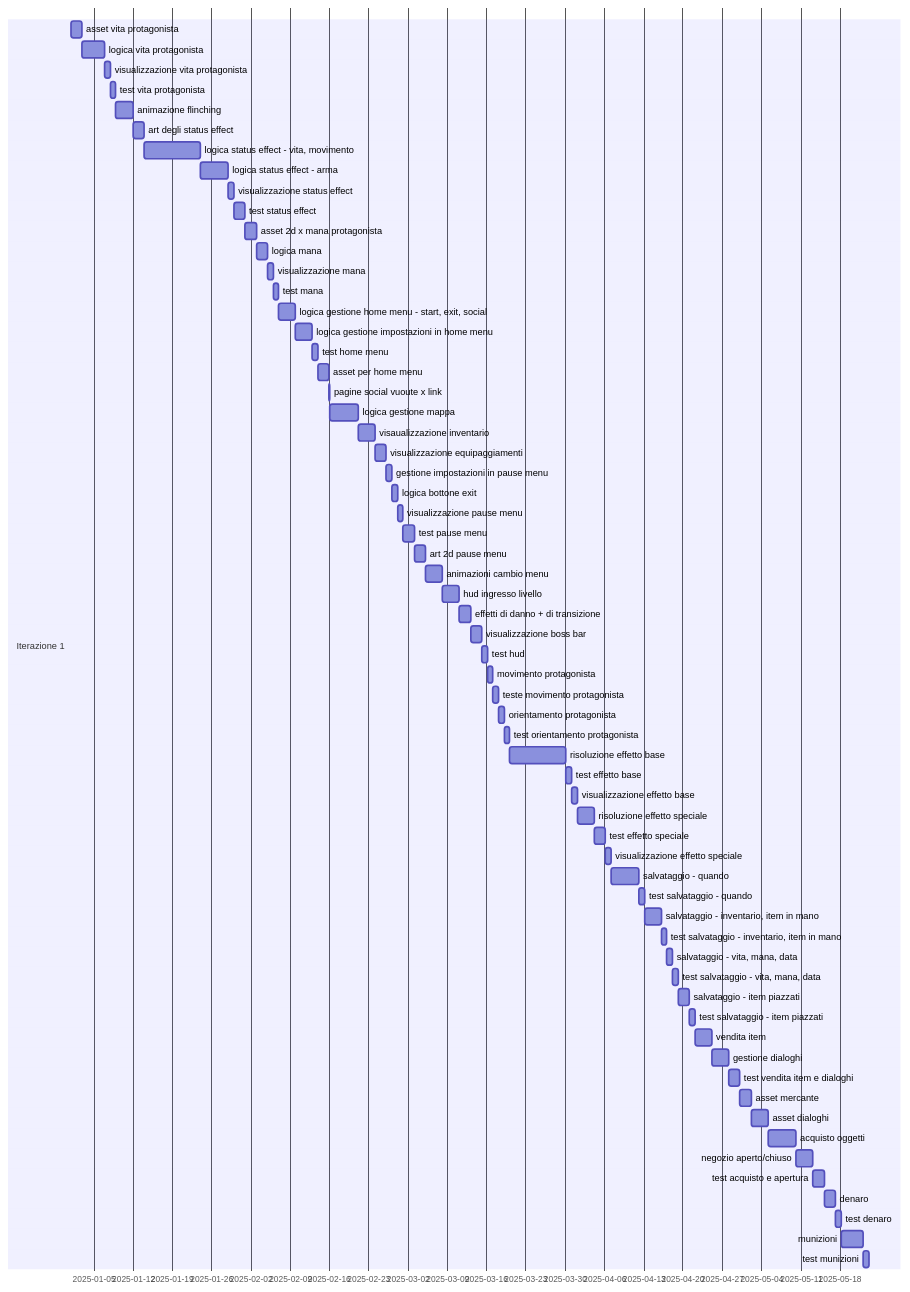
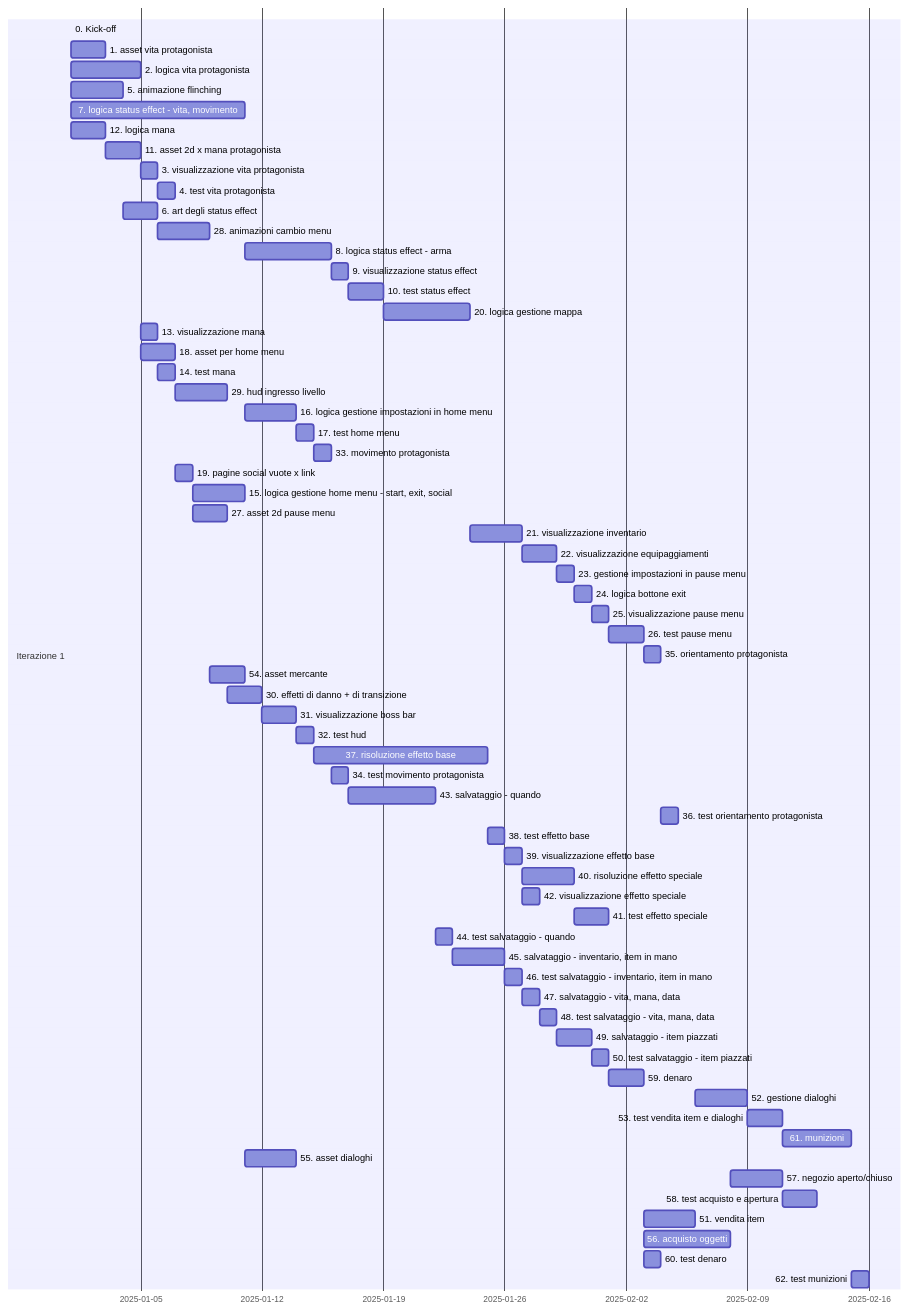
One commit to FilippoGurioli/super-chasm-hunter-pm changed the diagram in docs/appendices/planning/gantt.md. Above: the diagram before and after it, drawn with Mermaid.

Commit message:
feat: complete gantt

````diff
--- a/docs/appendices/planning/gantt.md
+++ b/docs/appendices/planning/gantt.md
@@ -3,67 +3,68 @@
 ```mermaid
 gantt
     dateFormat DD-MM-YYYY
     section Iterazione 1
-        asset vita protagonista: 01-01-2025, 2d
-        logica vita protagonista: 4d
-        visualizzazione vita protagonista: 1d
-        test vita protagonista: 1d
-        animazione flinching: 3d
-        art degli status effect: 2d
-        logica status effect - vita, movimento: 10d
-        logica status effect - arma: 5d
-        visualizzazione status effect: 1d
-        test status effect: 2d
-        asset 2d x mana protagonista: 2d
-        logica mana: 2d
-        visualizzazione mana: 1d
-        test mana: 1d
-        logica gestione home menu - start, exit, social: 3d
-        logica gestione impostazioni in home menu: 3d
-        test home menu: 1d
-        asset per home menu: 2d
-        pagine social vuoute x link: 4h
-        logica gestione mappa: 5d
-        visaualizzazione inventario: 3d
-        visualizzazione equipaggiamenti: 2d
-        gestione impostazioni in pause menu: 1d
-        logica bottone exit: 1d
-        visualizzazione pause menu: 1d
-        test pause menu: 2d
-        art 2d pause menu: 2d
-        animazioni cambio menu: 3d
-        hud ingresso livello: 3d
-        effetti di danno + di transizione: 2d
-        visualizzazione boss bar: 2d
-        test hud: 1d
-        movimento protagonista: 1d
-        teste movimento protagonista: 1d
-        orientamento protagonista: 1d
-        test orientamento protagonista: 1d
-        risoluzione effetto base: 10d
-        test effetto base: 1d
-        visualizzazione effetto base: 1d
-        risoluzione effetto speciale: 3d
-        test effetto speciale: 2d
-        visualizzazione effetto speciale: 1d
-        salvataggio - quando: 5d
-        test salvataggio - quando: 1d
-        salvataggio - inventario, item in mano: 3d
-        test salvataggio - inventario, item in mano: 1d
-        salvataggio - vita, mana, data: 1d
-        test salvataggio - vita, mana, data: 1d
-        salvataggio - item piazzati: 2d
-        test salvataggio - item piazzati: 1d
-        vendita item: 3d
-        gestione dialoghi: 3d
-        test vendita item e dialoghi: 2d
-        asset mercante: 2d
-        asset dialoghi: 3d
-        acquisto oggetti: 5d
-        negozio aperto/chiuso: 3d
-        test acquisto e apertura: 2d
-        denaro: 2d
-        test denaro: 1d
-        munizioni: 4d
-        test munizioni: 1d
+        0. Kick-off :t0, 01-01-2025, 0d
+        1. asset vita protagonista :t1, after t0, 2d
+        2. logica vita protagonista :t2, after t0, 4d
+        5. animazione flinching :t5, after t0, 3d
+        7. logica status effect - vita, movimento :t7, after t0, 10d
+        12. logica mana :t12, after t0, 2d
+        11. asset 2d x mana protagonista :t11, after t1, 2d
+        3. visualizzazione vita protagonista :t3, after t2, 1d
+        4. test vita protagonista :t4, after t3, 1d
+        6. art degli status effect :t6, after t5, 2d
+        28. animazioni cambio menu :t28, after t6, 3d
+        8. logica status effect - arma :t8, after t7, 5d
+        9. visualizzazione status effect :t9, after t8, 1d
+        10. test status effect :t10, after t9, 2d
+        20. logica gestione mappa :t20, after t10, 5d
+        13. visualizzazione mana :t13, after t11, 1d
+        18. asset per home menu :t18, after t11, 2d
+        14. test mana :t14, after t13, 1d
+        29. hud ingresso livello :t29, after t14, 3d
+        16. logica gestione impostazioni in home menu :t16, after t15, 3d
+        17. test home menu :t17, after t16, 1d
+        33. movimento protagonista :t33, after t17, 1d
+        19. pagine social vuote x link :t19, after t18, 0.5d
+        15. logica gestione home menu - start, exit, social :t15, after t19, 3d
+        27. asset 2d pause menu :t27, after t19, 2d
+        21. visualizzazione inventario :t21, after t20, 3d
+        22. visualizzazione equipaggiamenti :t22, after t21, 2d
+        23. gestione impostazioni in pause menu :t23, after t22, 1d
+        24. logica bottone exit :t24, after t23, 1d
+        25. visualizzazione pause menu :t25, after t24, 1d
+        26. test pause menu :t26, after t25, 2d
+        35. orientamento protagonista :t35, after t26, 1d
+        54. asset mercante :t54, after t28, 2d
+        30. effetti di danno + di transizione :t30, after t29, 2d
+        31. visualizzazione boss bar :t31, after t30, 2d
+        32. test hud :t32, after t31, 1d
+        37. risoluzione effetto base :t37, after t32, 10d
+        34. test movimento protagonista :t34, after t33, 1d
+        43. salvataggio - quando :t43, after t34, 5d
+        36. test orientamento protagonista :t36, after t35, 1d
+        38. test effetto base :t38, after t37, 1d
+        39. visualizzazione effetto base :t39, after t38, 1d
+        40. risoluzione effetto speciale :t40, after t39, 3d
+        42. visualizzazione effetto speciale :t42, after t39, 1d
+        41. test effetto speciale :t41, after t40, 2d
+        44. test salvataggio - quando :t44, after t43, 1d
+        45. salvataggio - inventario, item in mano :t45, after t44, 3d
+        46. test salvataggio - inventario, item in mano :t46, after t45, 1d
+        47. salvataggio - vita, mana, data :t47, after t46, 1d
+        48. test salvataggio - vita, mana, data :t48, after t47, 1d
+        49. salvataggio - item piazzati :t49, after t48, 2d
+        50. test salvataggio - item piazzati :t50, after t49, 1d
+        59. denaro :t59, after t50, 2d
+        52. gestione dialoghi :t52, after t51, 3d
+        53. test vendita item e dialoghi :t53, after t52, 2d
+        61. munizioni :t61, after t53, 4d
+        55. asset dialoghi :t55, after t54, 3d
+        57. negozio aperto/chiuso :t57, after t56, 3d
+        58. test acquisto e apertura :t58, after t57, 2d
+        51. vendita item :t51, after t59, 3d
+        56. acquisto oggetti :t56, after t59, 5d
+        60. test denaro :t60, after t59, 1d
+        62. test munizioni :t62, after t61, 1d
 ```
````
